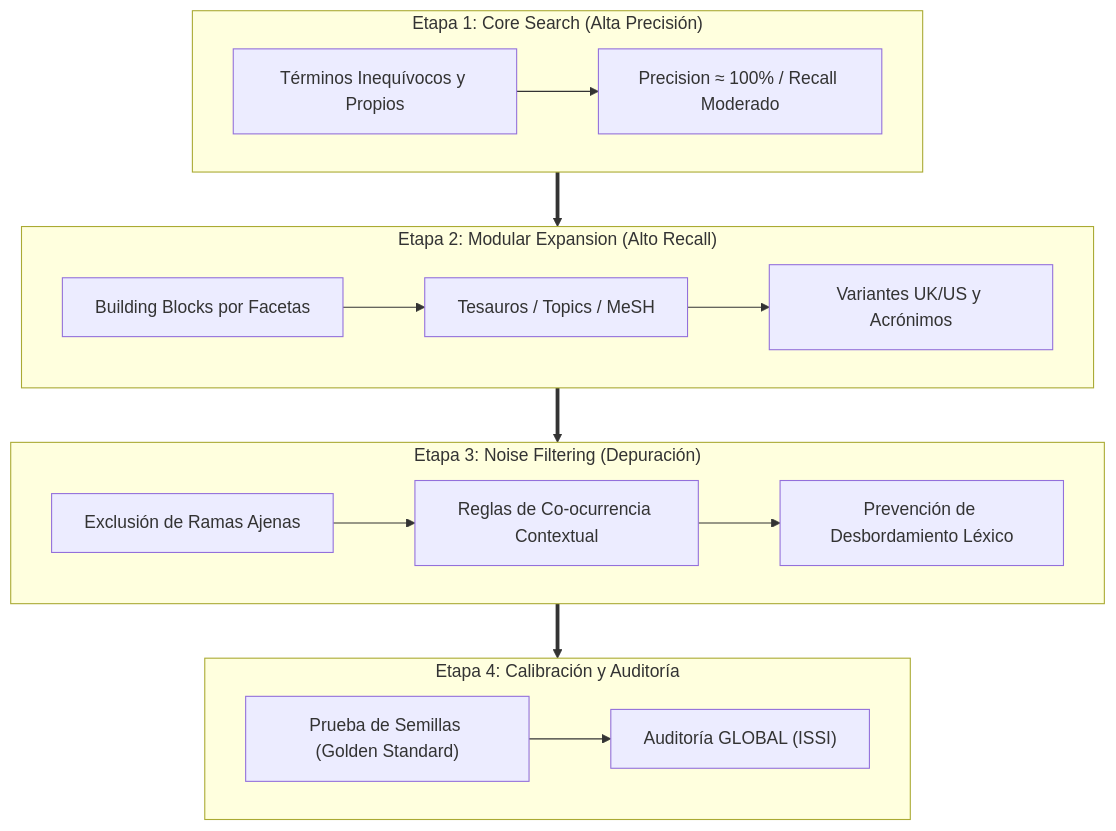
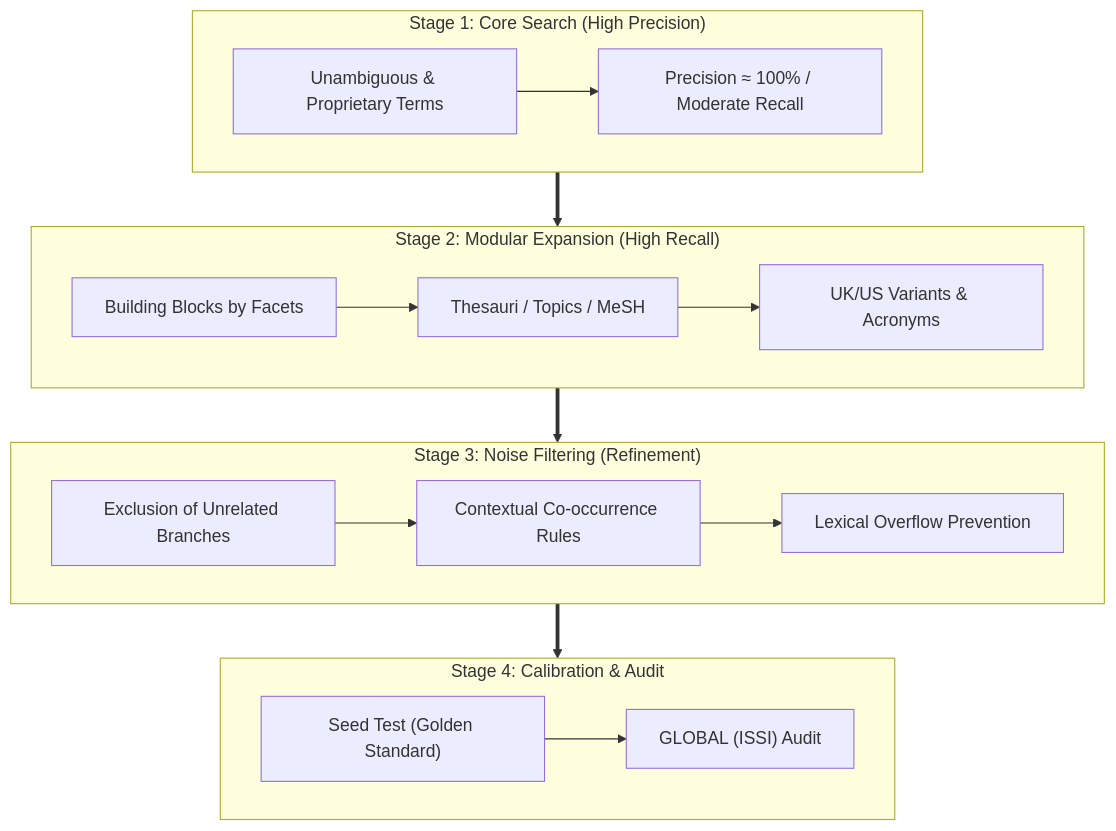
The diagram in .agents/skills/bibliometric-search-strategist/SKILL.md (chilti/sos-mcp-services), drawn with Mermaid before and after one commit. The commit also changed other lines of this file and 129 other files, not shown here.

````diff
--- a/.agents/skills/bibliometric-search-strategist/SKILL.md
+++ b/.agents/skills/bibliometric-search-strategist/SKILL.md
@@ -20,19 +22,19 @@
 ```mermaid
 flowchart TD
-    subgraph Etapa1 ["Etapa 1: Core Search (Alta Precisión)"]
-        C1["Términos Inequívocos y Propios"] --> C2["Precision ≈ 100% / Recall Moderado"]
+    subgraph Stage1 ["Stage 1: Core Search (High Precision)"]
+        C1["Unambiguous & Proprietary Terms"] --> C2["Precision ≈ 100% / Moderate Recall"]
     end
-    subgraph Etapa2 ["Etapa 2: Modular Expansion (Alto Recall)"]
-        E1["Building Blocks por Facetas"] --> E2["Tesauros / Topics / MeSH"]
-        E2 --> E3["Variantes UK/US y Acrónimos"]
+    subgraph Stage2 ["Stage 2: Modular Expansion (High Recall)"]
+        E1["Building Blocks by Facets"] --> E2["Thesauri / Topics / MeSH"]
+        E2 --> E3["UK/US Variants & Acronyms"]
     end
-    subgraph Etapa3 ["Etapa 3: Noise Filtering (Depuración)"]
-        N1["Exclusión de Ramas Ajenas"] --> N2["Reglas de Co-ocurrencia Contextual"]
-        N2 --> N3["Prevención de Desbordamiento Léxico"]
+    subgraph Stage3 ["Stage 3: Noise Filtering (Refinement)"]
+        N1["Exclusion of Unrelated Branches"] --> N2["Contextual Co-occurrence Rules"]
+        N2 --> N3["Lexical Overflow Prevention"]
     end
-    subgraph Etapa4 ["Etapa 4: Calibración y Auditoría"]
-        A1["Prueba de Semillas (Golden Standard)"] --> A2["Auditoría GLOBAL (ISSI)"]
+    subgraph Stage4 ["Stage 4: Calibration & Audit"]
+        A1["Seed Test (Golden Standard)"] --> A2["GLOBAL (ISSI) Audit"]
     end
 
-    Etapa1 ==> Etapa2 ==> Etapa3 ==> Etapa4
+    Stage1 ==> Stage2 ==> Stage3 ==> Stage4
 ```
````
